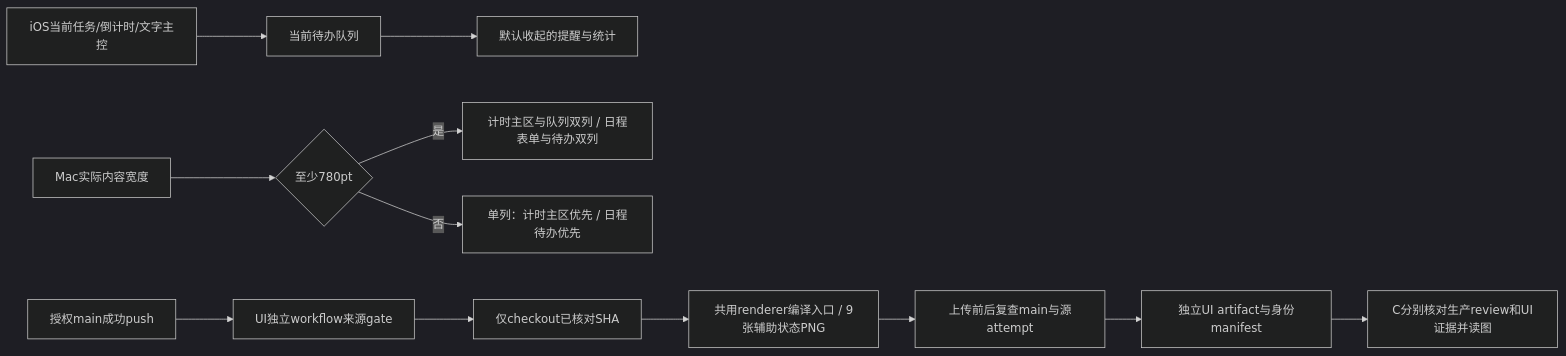
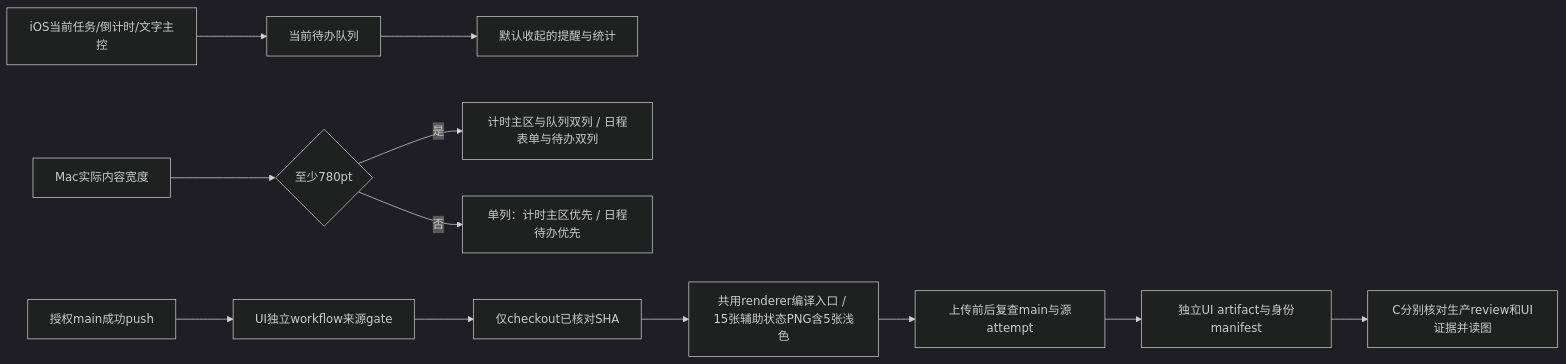
Before and after one commit to Altman-sam114/114: the second of 10 diagrams in md/flow/flowchart.md, drawn with Mermaid (dark theme). The commit also changed other lines of this file and 22 other files, not shown here.

````diff
--- a/md/flow/flowchart.md
+++ b/md/flow/flowchart.md
@@ -5,14 +22,14 @@
 ```mermaid
 flowchart LR
   IOS[iOS当前任务/倒计时/文字主控] --> QUEUE[当前待办队列]
   QUEUE --> REMIND[默认收起的提醒与统计]
   MAC[Mac实际内容宽度] --> WIDTH{至少780pt}
   WIDTH -->|是| TWO[计时主区与队列双列 / 日程表单与待办双列]
   WIDTH -->|否| ONE[单列：计时主区优先 / 日程待办优先]
   PUSH[授权main成功push] --> GATE[UI独立workflow来源gate]
   GATE --> SHA[仅checkout已核对SHA]
-  SHA --> RENDER[共用renderer编译入口 / 9张辅助状态PNG]
+  SHA --> RENDER[共用renderer编译入口 / 15张辅助状态PNG含5张浅色]
   RENDER --> CHECK[上传前后复查main与源attempt]
   CHECK --> UIART[独立UI artifact与身份manifest]
   UIART --> C[C分别核对生产review和UI证据并读图]
 ```
````
